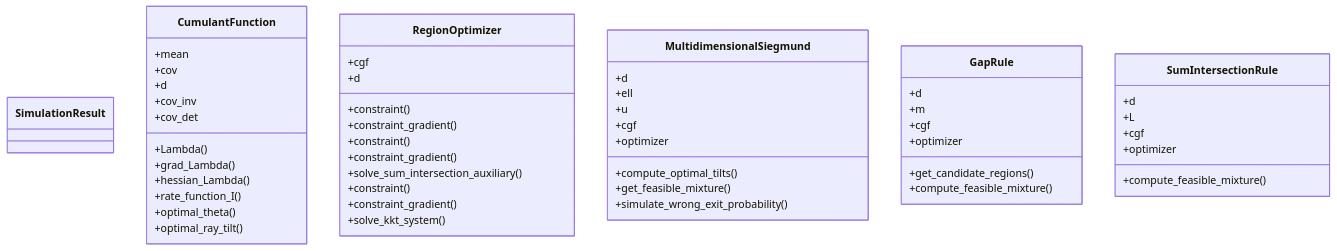
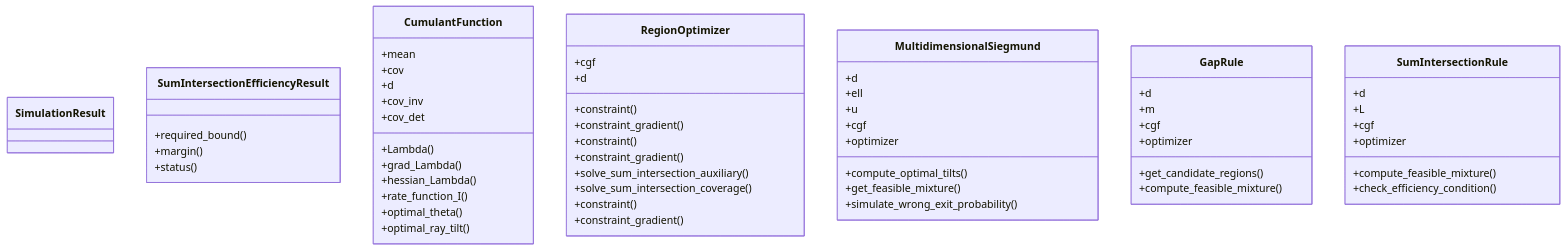
One commit to DiogoRibeiro7/efficient-importance-sampling changed the diagram in docs/architecture/class-diagram.mmd. Above: the diagram before and after it, drawn with Mermaid. The commit also changed 3 other files, not shown here.

Commit message:
docs: Update architecture diagrams [skip ci]

```diff
--- a/docs/architecture/class-diagram.mmd
+++ b/docs/architecture/class-diagram.mmd
@@ -1,58 +1,65 @@
 classDiagram
   class SimulationResult {
+  }
+
+  class SumIntersectionEfficiencyResult {
+    +required_bound()
+    +margin()
+    +status()
   }
 
   class CumulantFunction {
     +mean
     +cov
     +d
     +cov_inv
     +cov_det
     +Lambda()
     +grad_Lambda()
     +hessian_Lambda()
     +rate_function_I()
     +optimal_theta()
     +optimal_ray_tilt()
   }
 
   class RegionOptimizer {
     +cgf
     +d
     +constraint()
     +constraint_gradient()
     +constraint()
     +constraint_gradient()
     +solve_sum_intersection_auxiliary()
+    +solve_sum_intersection_coverage()
     +constraint()
     +constraint_gradient()
-    +solve_kkt_system()
   }
 
   class MultidimensionalSiegmund {
     +d
     +ell
     +u
     +cgf
     +optimizer
     +compute_optimal_tilts()
     +get_feasible_mixture()
     +simulate_wrong_exit_probability()
   }
 
   class GapRule {
     +d
     +m
     +cgf
     +optimizer
     +get_candidate_regions()
     +compute_feasible_mixture()
   }
 
   class SumIntersectionRule {
     +d
     +L
     +cgf
     +optimizer
     +compute_feasible_mixture()
+    +check_efficiency_condition()
   }
```
